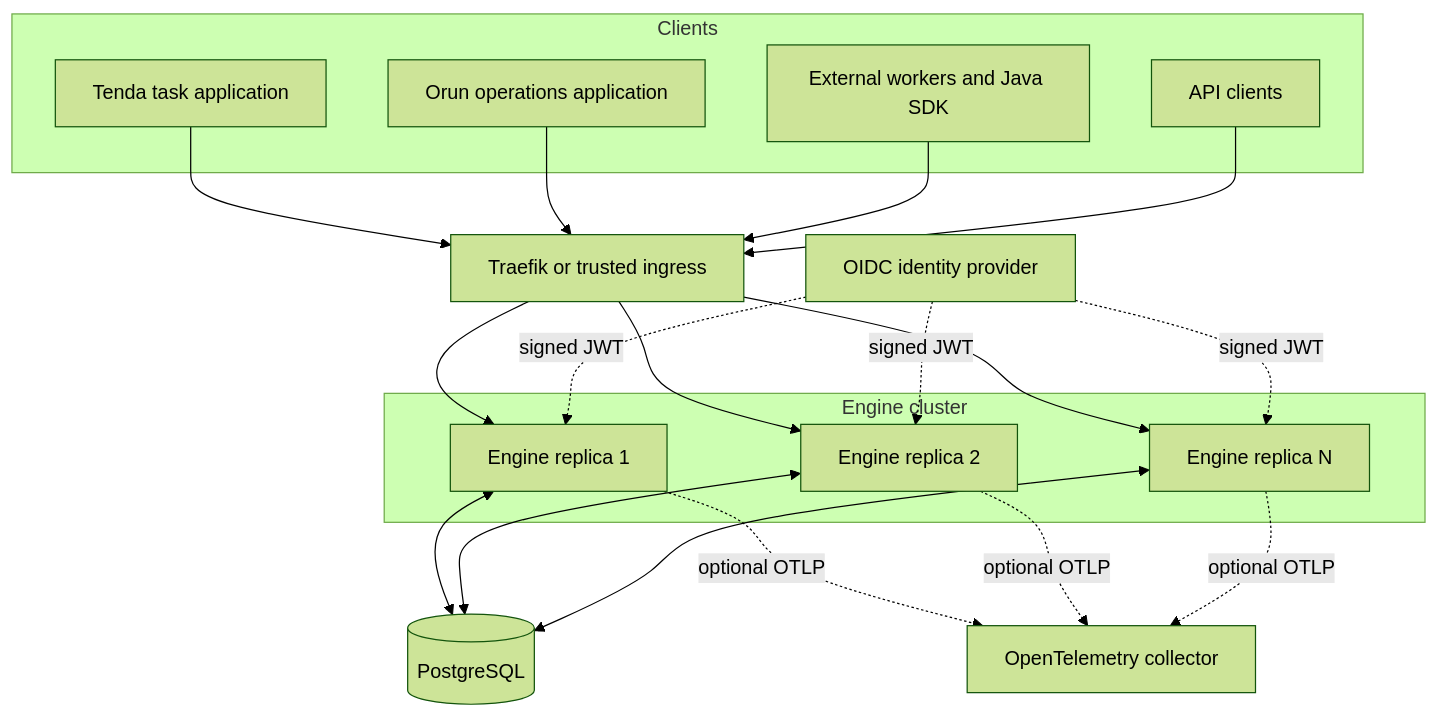
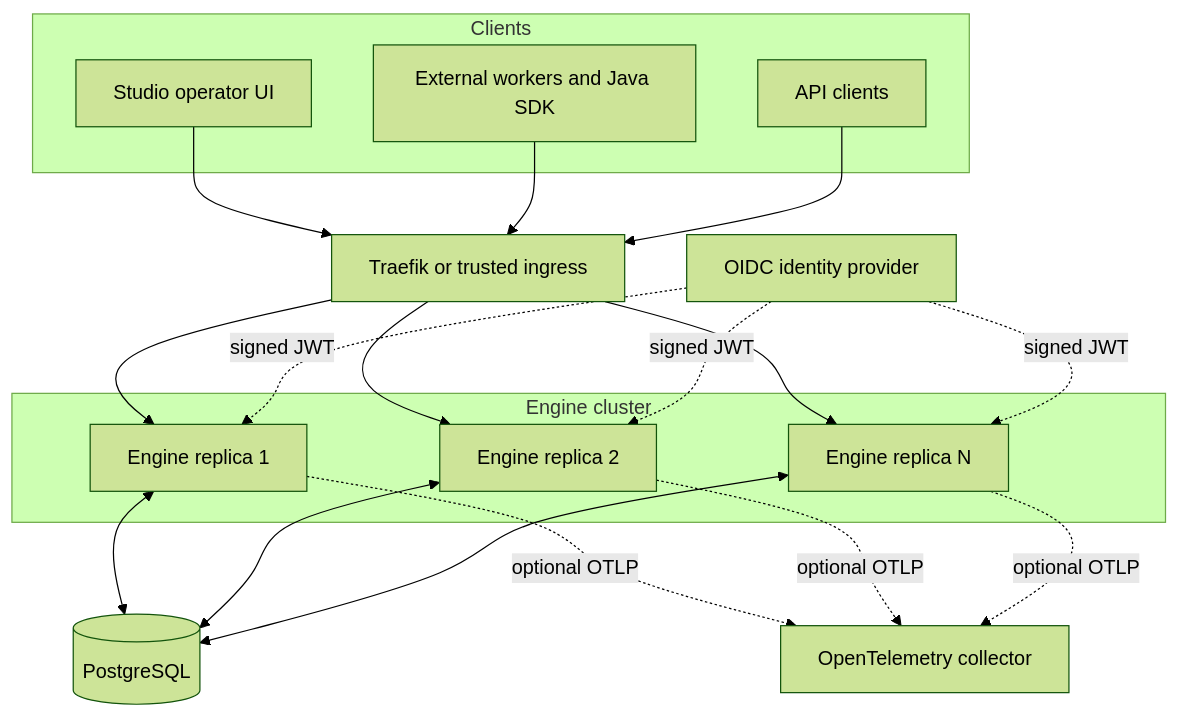
Before and after one commit to bashizip/abada-platform: the diagram in documentation/src/content/docs/architecture/index.mdx, drawn with Mermaid (forest theme). The commit also changed other lines of this file and 48 other files, not shown here.

First line of the commit message:
feat(platform): consolidate UI to Studio-only, remove Tenda/Orun from all deployment paths

````diff
--- a/documentation/src/content/docs/architecture/index.mdx
+++ b/documentation/src/content/docs/architecture/index.mdx
@@ -12,35 +12,33 @@
 ```mermaid
 flowchart TB
     subgraph Clients
-      T[Tenda task application]
-      R[Orun operations application]
+      S[Studio operator UI]
       W[External workers and Java SDK]
       A[API clients]
     end
     P[Traefik or trusted ingress]
     subgraph Engine cluster
       E1[Engine replica 1]
       E2[Engine replica 2]
       EN[Engine replica N]
     end
     DB[(PostgreSQL)]
     O[OpenTelemetry collector]
     IDP[OIDC identity provider]
 
-    T --> P
-    R --> P
+    S --> P
     W --> P
     A --> P
     P --> E1
     P --> E2
     P --> EN
     IDP -. signed JWT .-> E1
     IDP -. signed JWT .-> E2
     IDP -. signed JWT .-> EN
     E1 <--> DB
     E2 <--> DB
     EN <--> DB
     E1 -. optional OTLP .-> O
     E2 -. optional OTLP .-> O
     EN -. optional OTLP .-> O
 ```
````
